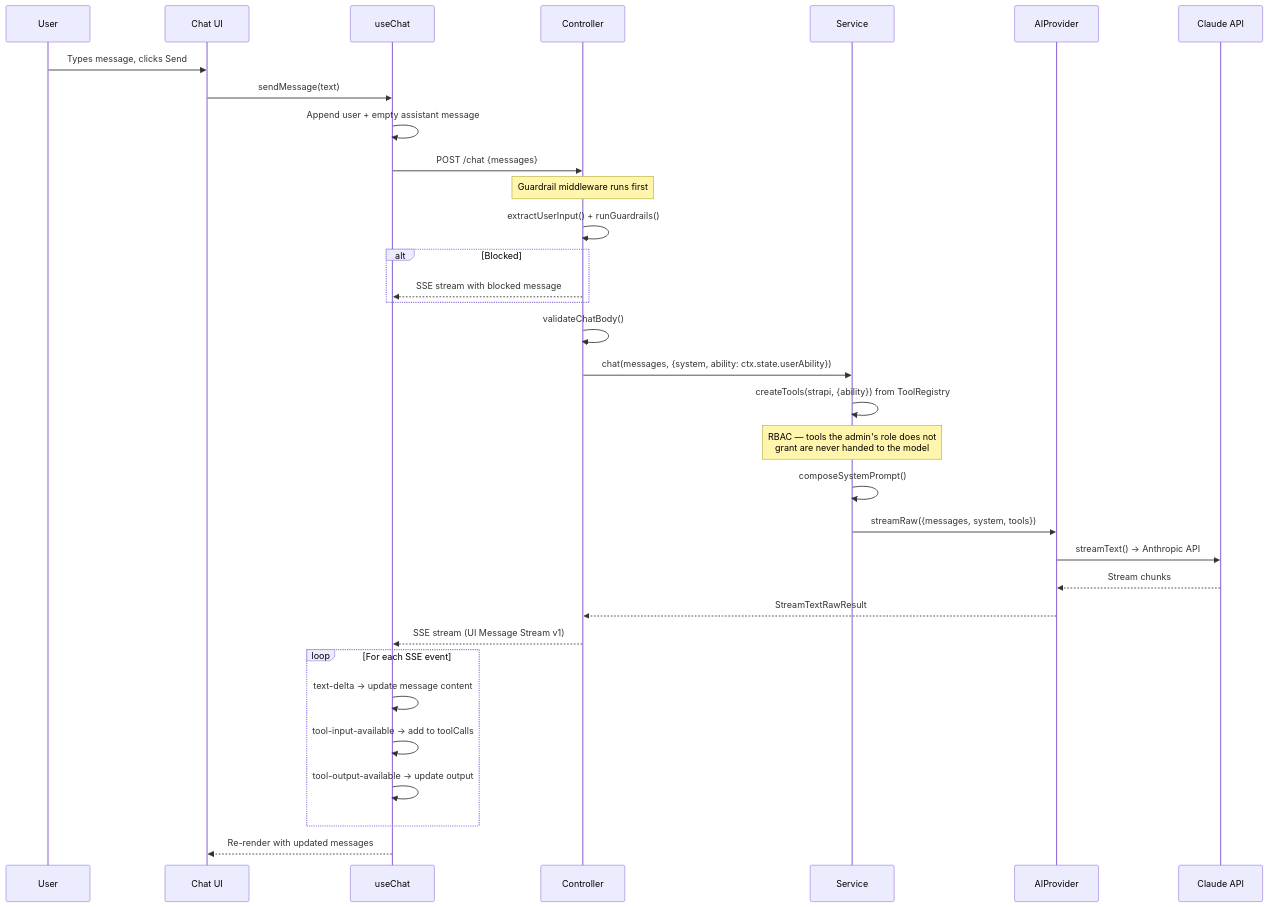
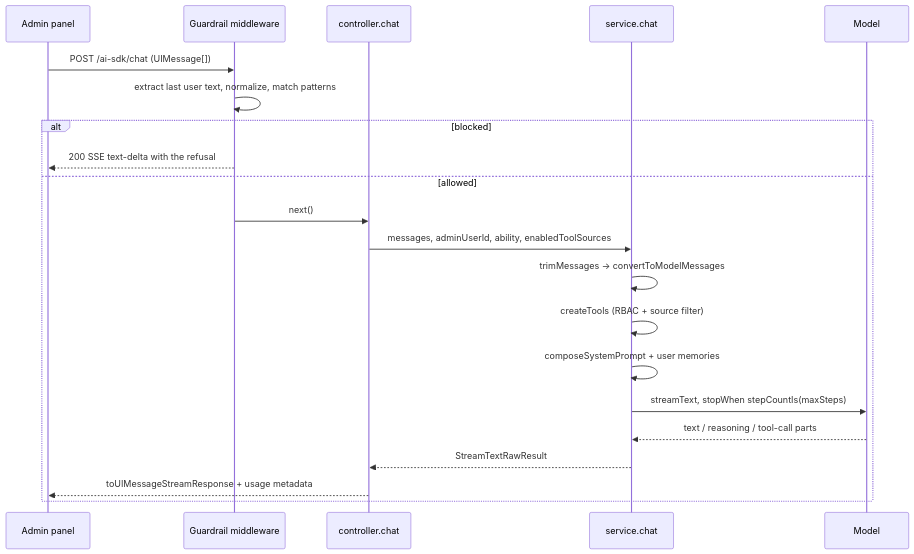
One commit to PaulBratslavsky/strapi-plugin-ai-chat changed the third of 3 diagrams in docs/architecture.md. Above: the diagram before and after it, drawn with Mermaid. The commit also changed other lines of this file and 31 other files, not shown here.

First line of the commit message:
feat: time out hung tool calls, and repair an inert trimming guard (#18)

````diff
--- a/docs/architecture.md
+++ b/docs/architecture.md
@@ -938,40 +374,24 @@
 ```mermaid
 sequenceDiagram
-    participant User
-    participant ChatUI as Chat UI
-    participant useChat
-    participant Controller
-    participant Service
-    participant AIProvider
-    participant Claude as Claude API
+  participant P as Admin panel
+  participant G as Guardrail middleware
+  participant C as controller.chat
+  participant S as service.chat
+  participant M as Model
 
-    User->>ChatUI: Types message, clicks Send
-    ChatUI->>useChat: sendMessage(text)
-    useChat->>useChat: Append user + empty assistant message
-    useChat->>Controller: POST /chat {messages}
-
-    Note over Controller: Guardrail middleware runs first
-    Controller->>Controller: extractUserInput() + runGuardrails()
-    alt Blocked
-        Controller-->>useChat: SSE stream with blocked message
-    end
-
-    Controller->>Controller: validateChatBody()
-    Controller->>Service: chat(messages, {system, ability: ctx.state.userAbility})
-    Service->>Service: createTools(strapi, {ability}) from ToolRegistry
-    Note over Service: RBAC — tools the admin's role does not<br/>grant are never handed to the model
-    Service->>Service: composeSystemPrompt()
-    Service->>AIProvider: streamRaw({messages, system, tools})
-    AIProvider->>Claude: streamText() -> Anthropic API
-    Claude-->>AIProvider: Stream chunks
-    AIProvider-->>Controller: StreamTextRawResult
-    Controller-->>useChat: SSE stream (UI Message Stream v1)
-
-    loop For each SSE event
-        useChat->>useChat: text-delta -> update message content
-        useChat->>useChat: tool-input-available -> add to toolCalls
-        useChat->>useChat: tool-output-available -> update output
-    end
-
-    useChat-->>ChatUI: Re-render with updated messages
+  P->>G: POST /ai-sdk/chat (UIMessage[])
+  G->>G: extract last user text, normalize, match patterns
+  alt blocked
+    G-->>P: 200 SSE text-delta with the refusal
+  else allowed
+    G->>C: next()
+    C->>S: messages, adminUserId, ability, enabledToolSources
+    S->>S: trimMessages -> convertToModelMessages
+    S->>S: createTools (RBAC + source filter)
+    S->>S: composeSystemPrompt + user memories
+    S->>M: streamText, stopWhen stepCountIs(maxSteps)
+    M-->>S: text / reasoning / tool-call parts
+    S-->>C: StreamTextRawResult
+    C-->>P: toUIMessageStreamResponse + usage metadata
+  end
 ```
````
